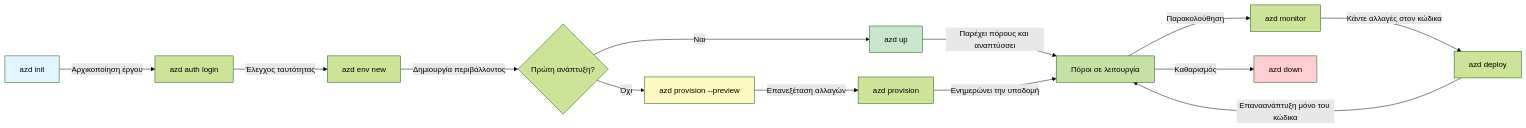
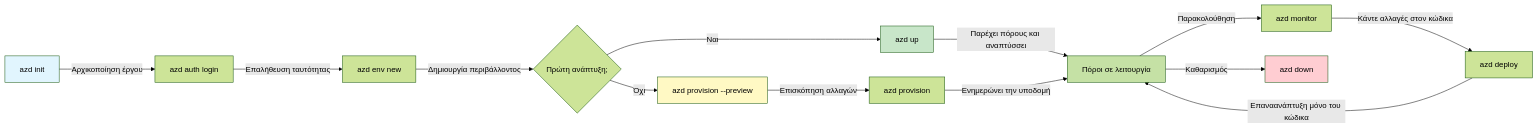
One commit to microsoft/AZD-for-beginners changed the first of 2 diagrams in translations/el/docs/chapter-01-foundation/azd-basics.md. Above: the diagram before and after it, drawn with Mermaid (forest theme). The commit also changed other lines of this file and 101 other files, not shown here.

````diff
--- a/translations/el/docs/chapter-01-foundation/azd-basics.md
+++ b/translations/el/docs/chapter-01-foundation/azd-basics.md
@@ -254,21 +269,21 @@
 ```mermaid
 graph LR
     A[azd init] -->|Αρχικοποίηση έργου| B[azd auth login]
-    B -->|Έλεγχος ταυτότητας| C[azd env new]
-    C -->|Δημιουργία περιβάλλοντος| D{Πρώτη ανάπτυξη?}
+    B -->|Επαλήθευση ταυτότητας| C[azd env new]
+    C -->|Δημιουργία περιβάλλοντος| D{Πρώτη ανάπτυξη;}
     D -->|Ναι| E[azd up]
     D -->|Όχι| F[azd provision --preview]
-    F -->|Επανεξέταση αλλαγών| G[azd provision]
+    F -->|Επισκόπηση αλλαγών| G[azd provision]
     E -->|Παρέχει πόρους και αναπτύσσει| H[Πόροι σε λειτουργία]
     G -->|Ενημερώνει την υποδομή| H
     H -->|Παρακολούθηση| I[azd monitor]
     I -->|Κάντε αλλαγές στον κώδικα| J[azd deploy]
     J -->|Επαναανάπτυξη μόνο του κώδικα| H
     H -->|Καθαρισμός| K[azd down]
     
     style A fill:#e1f5fe
     style E fill:#c8e6c9
     style F fill:#fff9c4
     style H fill:#c5e1a5
     style K fill:#ffcdd2
 ```
````
